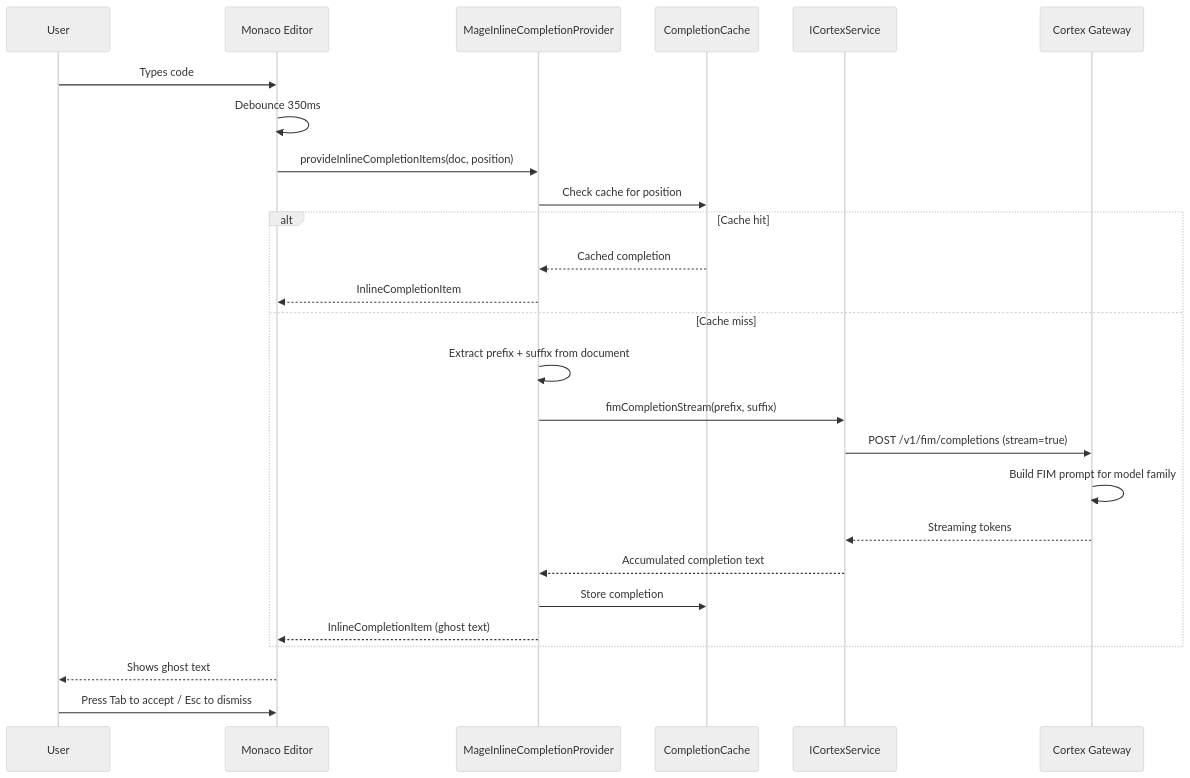
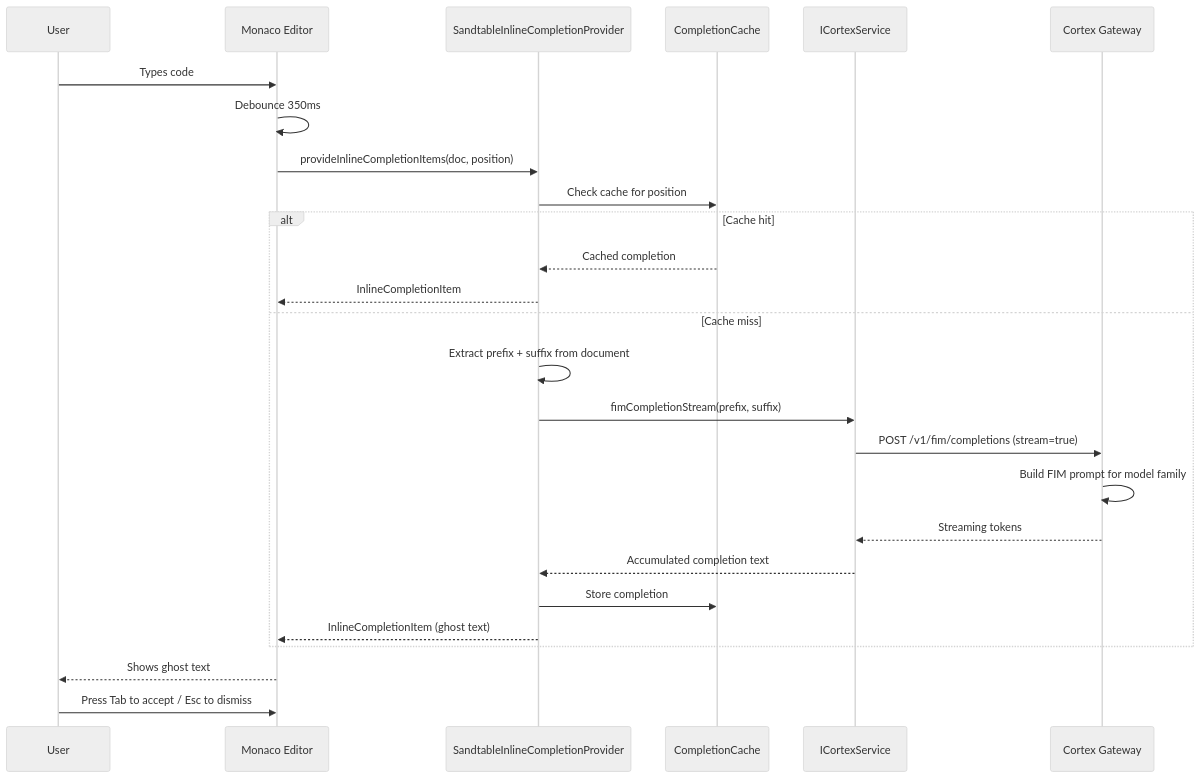
Before and after one commit to darkhorse-and-bandit/sandtable: the third of 4 diagrams in docs/project/ARCHITECTURE.md, drawn with Mermaid (neutral theme). The commit also changed other lines of this file and 13 other files, not shown here.

First line of the commit message:
Rebrand from MAGE IDE to Sandtable

````diff
--- a/docs/project/ARCHITECTURE.md
+++ b/docs/project/ARCHITECTURE.md
@@ -409,29 +409,29 @@
 ```mermaid
 sequenceDiagram
     participant User
     participant Editor as Monaco Editor
-    participant Provider as MageInlineCompletionProvider
+    participant Provider as SandtableInlineCompletionProvider
     participant Cache as CompletionCache
     participant CortexService as ICortexService
     participant Gateway as Cortex Gateway
 
     User->>Editor: Types code
     Editor->>Editor: Debounce 350ms
     Editor->>Provider: provideInlineCompletionItems(doc, position)
     Provider->>Cache: Check cache for position
     alt Cache hit
         Cache-->>Provider: Cached completion
         Provider-->>Editor: InlineCompletionItem
     else Cache miss
         Provider->>Provider: Extract prefix + suffix from document
         Provider->>CortexService: fimCompletionStream(prefix, suffix)
         CortexService->>Gateway: POST /v1/fim/completions (stream=true)
         Gateway->>Gateway: Build FIM prompt for model family
         Gateway-->>CortexService: Streaming tokens
         CortexService-->>Provider: Accumulated completion text
         Provider->>Cache: Store completion
         Provider-->>Editor: InlineCompletionItem (ghost text)
     end
     Editor-->>User: Shows ghost text
     User->>Editor: Press Tab to accept / Esc to dismiss
 ```
````
